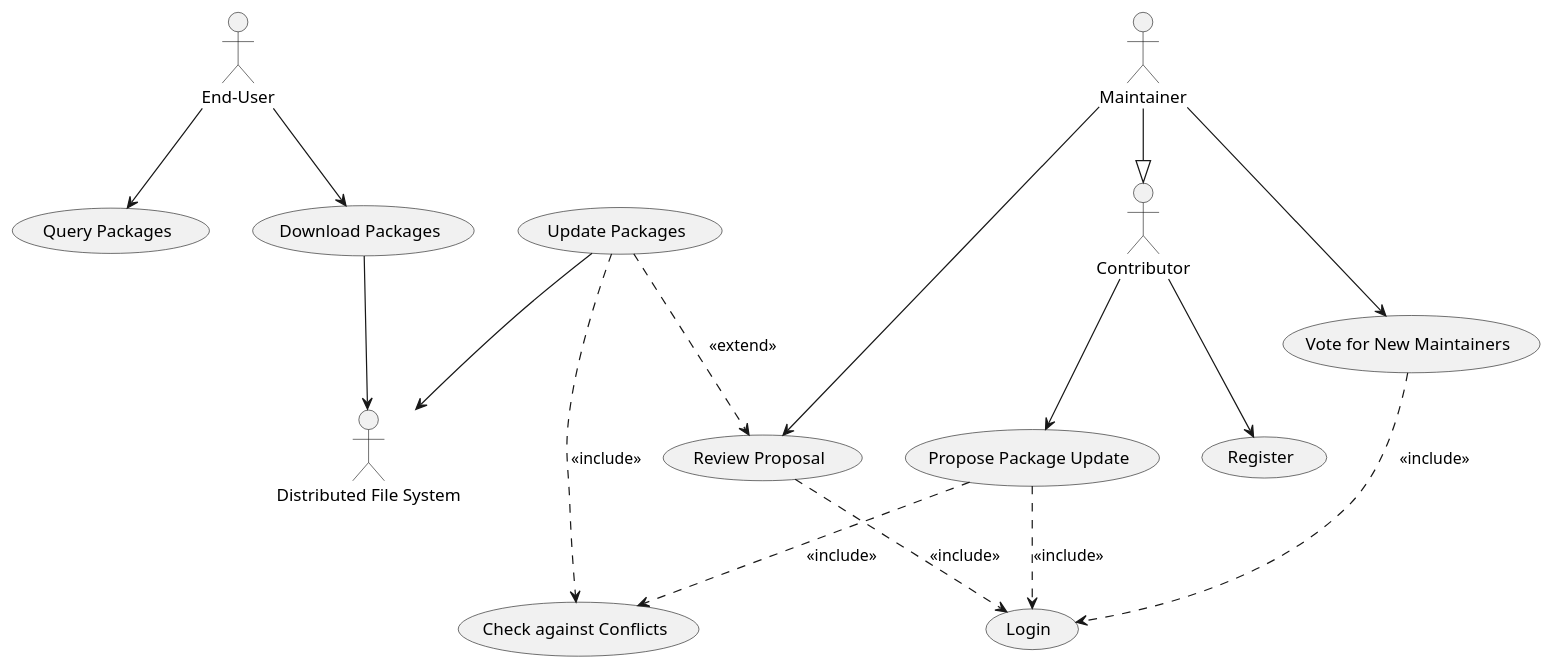
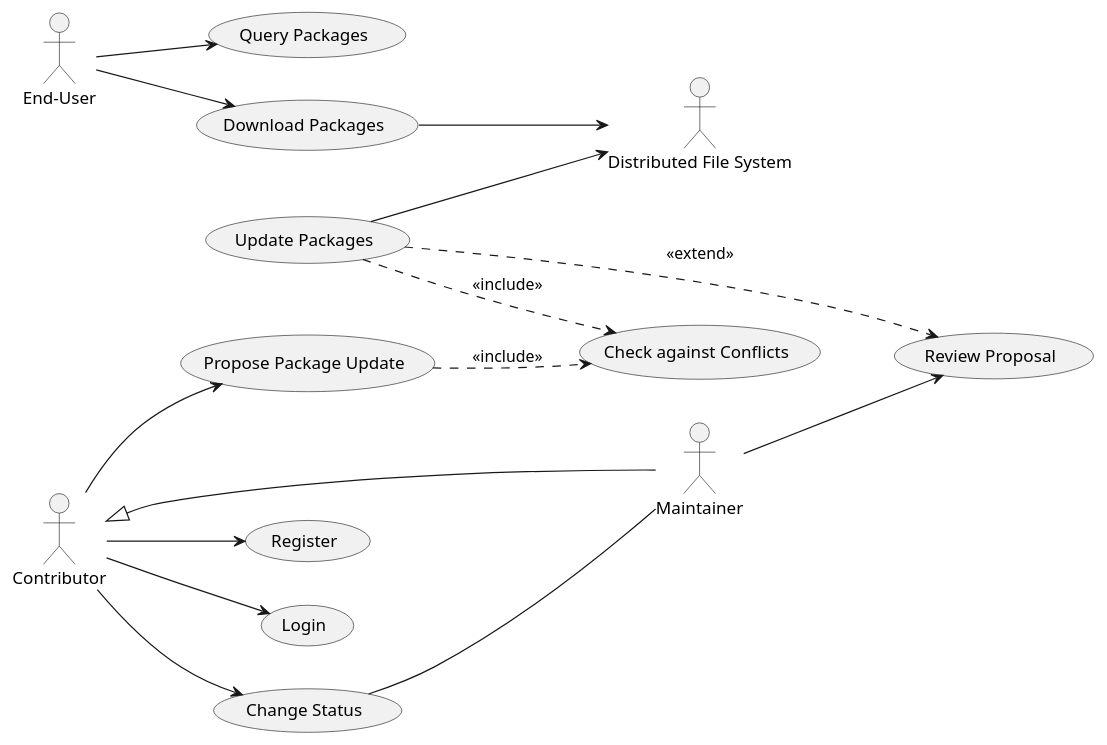
One commit to McSinyx/ipppi changed the diagram in source/requirements/use-case-model.rst. Above: the diagram before and after it, drawn with PlantUML. The commit also changed other lines of this file and 2 other files, not shown here.

```diff
--- a/source/requirements/use-case-model.rst
+++ b/source/requirements/use-case-model.rst
@@ -4,39 +4,40 @@
 .. uml::
+
+   left to right direction
 
    actor "End-User" as User
    actor Contributor
    actor Maintainer
    actor "Distributed File System" as IPFS
 
    usecase "Download Packages" as Download
    usecase "Query Packages" as Query
 
    usecase Register
    usecase Login
-   usecase "Vote for New Maintainers" as Vote
+   usecase "Change Status" as Change
 
    usecase "Propose Package Update" as Propose
    usecase "Check against Conflicts" as Check
    usecase "Review Proposal" as Review
    usecase "Update Packages" as Update
 
    User --> Query
    User --> Download
    Download --> IPFS
 
-   Maintainer --> Vote
-   Vote ..> Login : <<include>>
+   Contributor --> Register
+   Contributor --> Login
+
+   Contributor --> Propose
+   Propose ..> Check : <<include>>
+
+   Contributor --> Change
+   Change -- Maintainer
 
    Maintainer --|> Contributor
-   Contributor --> Register
-
-   Contributor --> Propose
-   Propose ..> Login : <<include>>
-   Propose ..> Check : <<include>>
-
    Maintainer --> Review
-   Review ..> Login : <<include>>
 
    Update ..> Review : <<extend>>
    Update ..> Check : <<include>>
    Update --> IPFS
```
